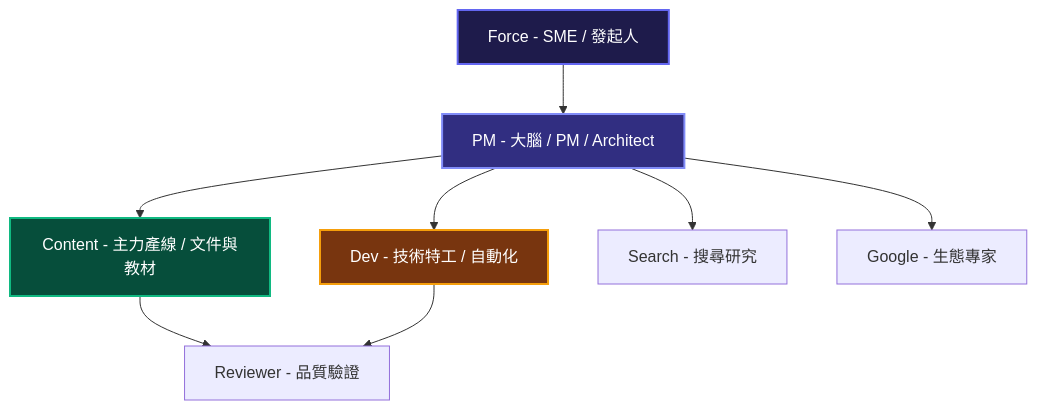
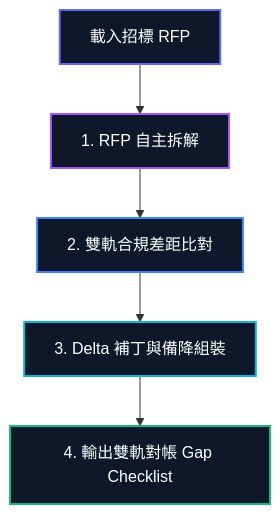
Before and after one commit to falo-chinese/skyline-class: the diagram in class2/docs/03_multi_ai_collaboration.md, drawn with Mermaid. The commit also changed other lines of this file and 9 other files, not shown here.

````diff
--- a/class2/docs/03_multi_ai_collaboration.md
+++ b/class2/docs/03_multi_ai_collaboration.md
@@ -24,15 +24,13 @@
 ```mermaid
-graph TD
-    ff[Force - SME / 發起人] --> PM[PM - 大腦 / PM / Architect]
-    PM --> Content[Content - 主力產線 / 文件與教材]
-    PM --> Dev[Dev - 技術特工 / 自動化]
-    PM --> Search[Search - 搜尋研究]
-    PM --> Google[Google - 生態專家]
-    Content --> Reviewer[Reviewer - 品質驗證]
-    Dev --> Reviewer
-
-    style ff fill:#1e1b4b,stroke:#6366f1,stroke-width:2px,color:#fff
-    style PM fill:#312e81,stroke:#818cf8,stroke-width:2px,color:#fff
-    style Content fill:#064e3b,stroke:#10b981,stroke-width:2px,color:#fff
-    style Dev fill:#78350f,stroke:#f59e0b,stroke-width:2px,color:#fff
+flowchart TD
+    Start[載入招標 RFP] --> Parser[1. RFP 自主拆解]
+    Parser --> Gap[2. 雙軌合規差距比對]
+    Gap --> Composition[3. Delta 補丁與備降組裝]
+    Composition --> Audit[4. 輸出雙軌對帳 Gap Checklist]
+    
+    style Start fill:#0f172a,stroke:#6366f1,stroke-width:2px,color:#fff
+    style Parser fill:#0f172a,stroke:#a855f7,stroke-width:2px,color:#fff
+    style Gap fill:#0f172a,stroke:#3b82f6,stroke-width:2px,color:#fff
+    style Composition fill:#0f172a,stroke:#06b6d4,stroke-width:2px,color:#fff
+    style Audit fill:#0f172a,stroke:#10b981,stroke-width:2px,color:#fff
 ```
````
